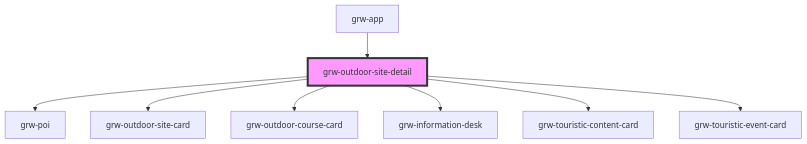
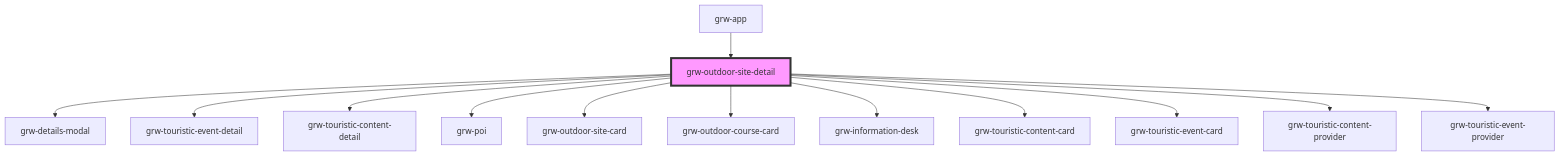
One commit to GeotrekCE/Geotrek-rando-widget changed the diagram in src/components/grw-outdoor-site-detail/readme.md. Above: the diagram before and after it, drawn with Mermaid. The commit also changed other lines of this file and 10 other files, not shown here.

Commit message:
fix: handle modal details with outdoor site

````diff
--- a/src/components/grw-outdoor-site-detail/readme.md
+++ b/src/components/grw-outdoor-site-detail/readme.md
@@ -144,11 +150,16 @@
 ```mermaid
 graph TD;
+  grw-outdoor-site-detail --> grw-details-modal
+  grw-outdoor-site-detail --> grw-touristic-event-detail
+  grw-outdoor-site-detail --> grw-touristic-content-detail
   grw-outdoor-site-detail --> grw-poi
   grw-outdoor-site-detail --> grw-outdoor-site-card
   grw-outdoor-site-detail --> grw-outdoor-course-card
   grw-outdoor-site-detail --> grw-information-desk
   grw-outdoor-site-detail --> grw-touristic-content-card
   grw-outdoor-site-detail --> grw-touristic-event-card
+  grw-outdoor-site-detail --> grw-touristic-content-provider
+  grw-outdoor-site-detail --> grw-touristic-event-provider
   grw-app --> grw-outdoor-site-detail
   style grw-outdoor-site-detail fill:#f9f,stroke:#333,stroke-width:4px
 ```
````
